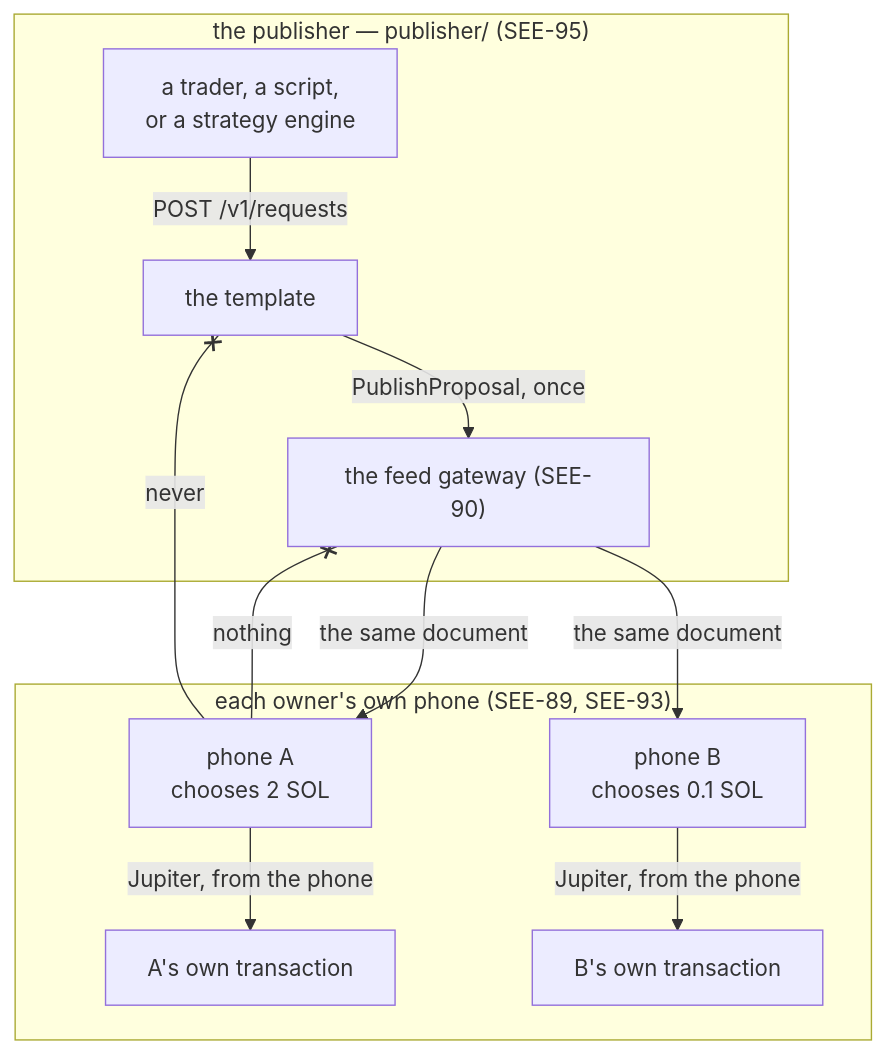
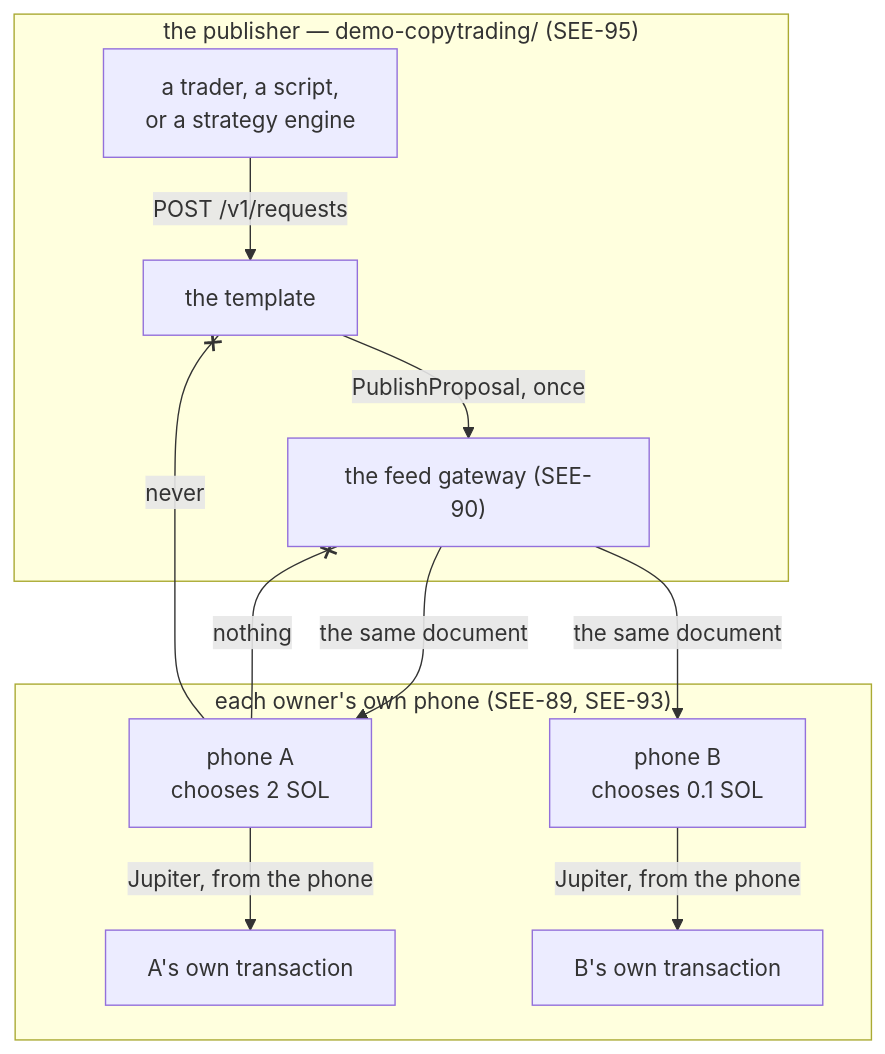
The diagram in docs/wiki/copytrading-template.md (SeekerAgentConnect/sac), drawn with Mermaid before and after one commit. The commit also changed other lines of this file and 80 other files, not shown here.

````diff
--- a/docs/wiki/copytrading-template.md
+++ b/docs/wiki/copytrading-template.md
@@ -42,16 +46,16 @@
 ```mermaid
 flowchart TB
-    subgraph publisher["the publisher — publisher/ (SEE-95)"]
+    subgraph publisher["the publisher — demo-copytrading/ (SEE-95)"]
         Strategy["a trader, a script,<br>or a strategy engine"] -- "POST /v1/requests" --> Template["the template"]
         Template -- "PublishProposal, once" --> Gateway
     end
     Gateway["the feed gateway (SEE-90)"]
     subgraph phones["each owner's own phone (SEE-89, SEE-93)"]
         Gateway -- "the same document" --> A["phone A<br>chooses 2 SOL"]
         Gateway -- "the same document" --> B["phone B<br>chooses 0.1 SOL"]
         A -- "Jupiter, from the phone" --> ChainA["A's own transaction"]
         B -- "Jupiter, from the phone" --> ChainB["B's own transaction"]
     end
     A -- "nothing" --x Gateway
     A -- "never" --x Template
 ```
````
